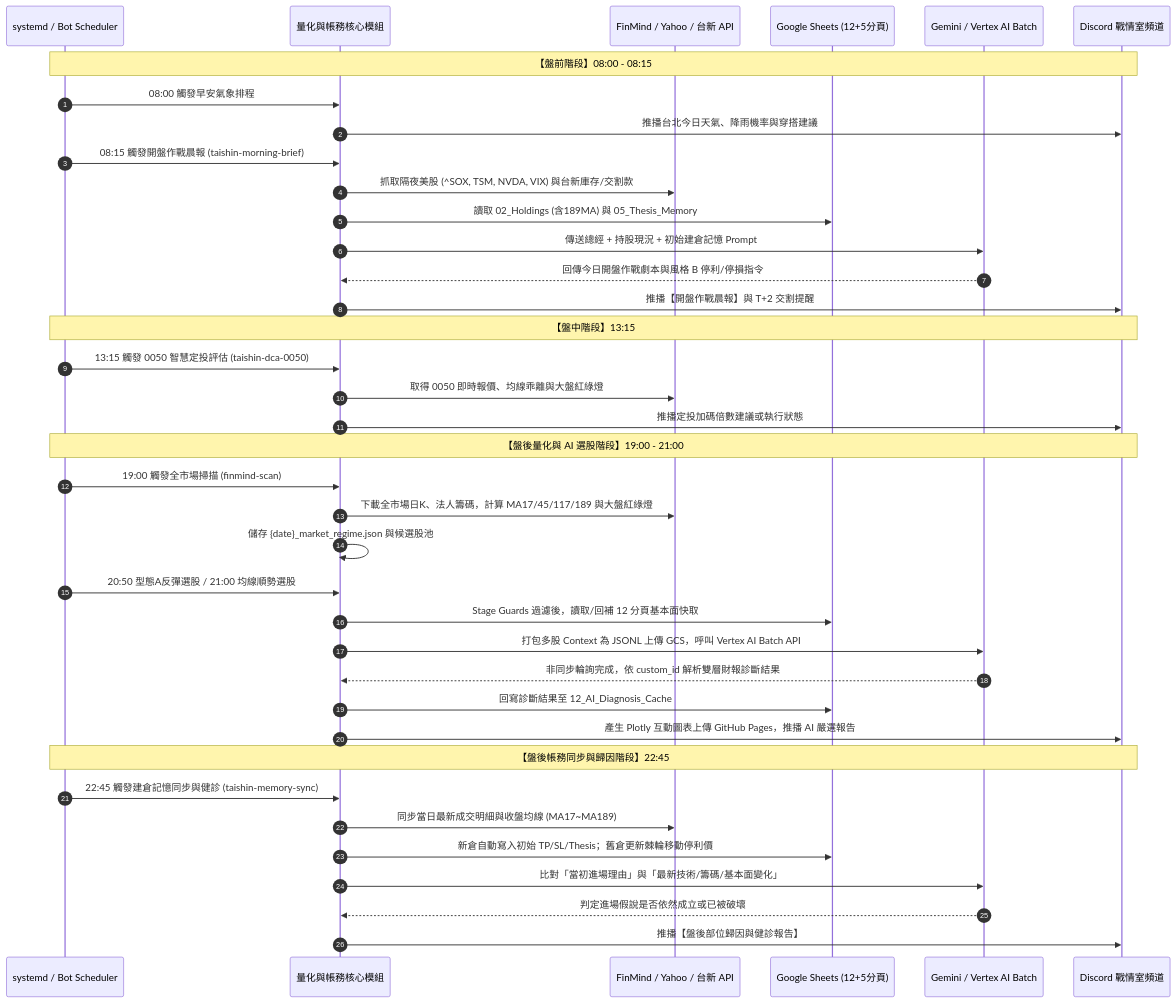
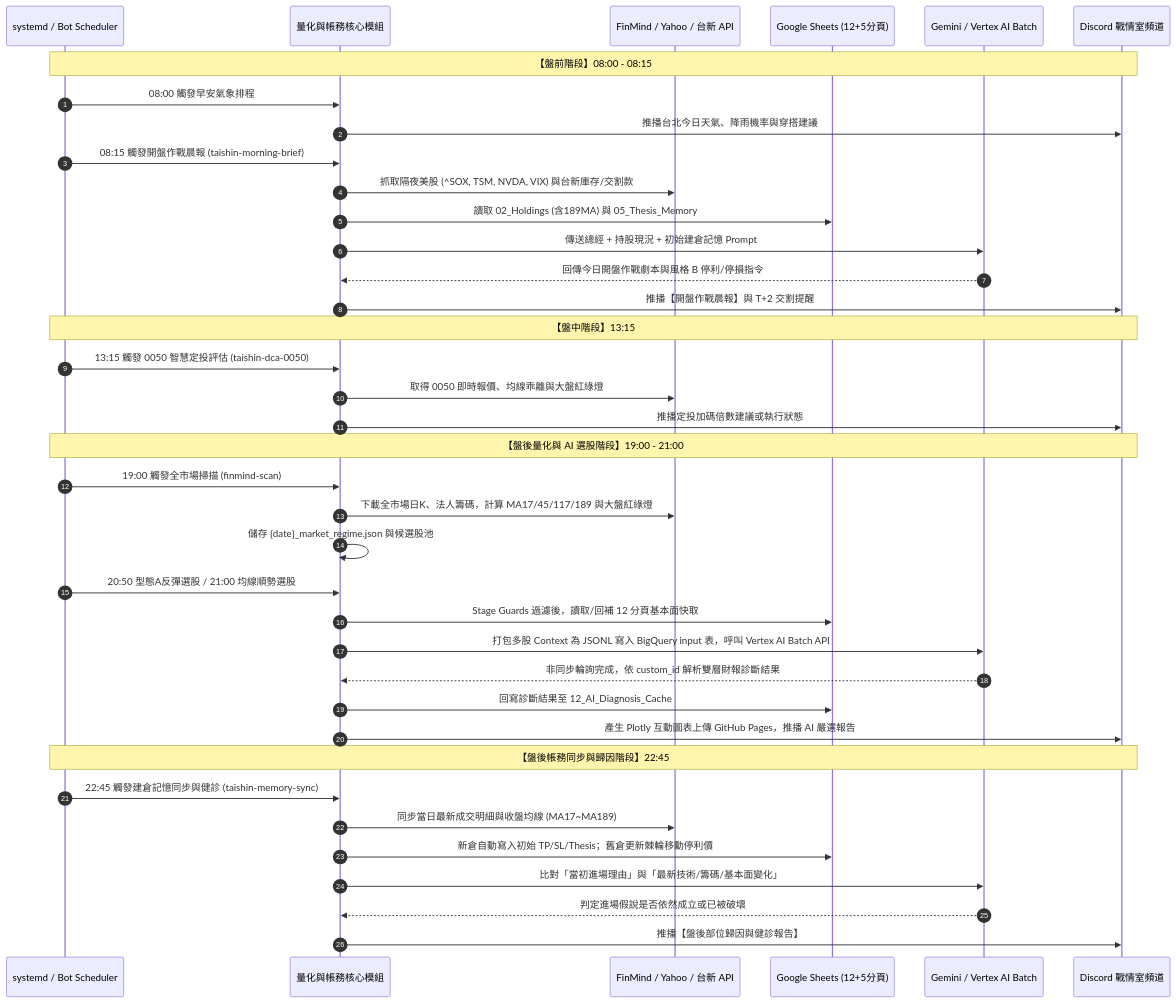
Before and after one commit to NickChung0725/Discord_Service: the second of 3 diagrams in discord_service_sasd.md, drawn with Mermaid. The commit also changed other lines of this file and 11 other files, not shown here.

First line of the commit message:
feat(ai): 遷移 Vertex AI Batch 媒介至 BigQuery 並實作 AI 日誌集中化 (v5.4.0)

````diff
--- a/discord_service_sasd.md
+++ b/discord_service_sasd.md
@@ -183,44 +183,44 @@
 ```mermaid
 sequenceDiagram
     autonumber
     participant Timer as systemd / Bot Scheduler
     participant Core as 量化與帳務核心模組
     participant Data as FinMind / Yahoo / 台新 API
     participant Cache as Google Sheets (12+5分頁)
     participant AI as Gemini / Vertex AI Batch
     participant DC as Discord 戰情室頻道
 
     Note over Timer,DC: 【盤前階段】08:00 - 08:15
     Timer->>Core: 08:00 觸發早安氣象排程
     Core->>DC: 推播台北今日天氣、降雨機率與穿搭建議
     Timer->>Core: 08:15 觸發開盤作戰晨報 (taishin-morning-brief)
     Core->>Data: 抓取隔夜美股 (^SOX, TSM, NVDA, VIX) 與台新庫存/交割款
     Core->>Cache: 讀取 02_Holdings (含189MA) 與 05_Thesis_Memory
     Core->>AI: 傳送總經 + 持股現況 + 初始建倉記憶 Prompt
     AI-->>Core: 回傳今日開盤作戰劇本與風格 B 停利/停損指令
     Core->>DC: 推播【開盤作戰晨報】與 T+2 交割提醒
 
     Note over Timer,DC: 【盤中階段】13:15
     Timer->>Core: 13:15 觸發 0050 智慧定投評估 (taishin-dca-0050)
     Core->>Data: 取得 0050 即時報價、均線乖離與大盤紅綠燈
     Core->>DC: 推播定投加碼倍數建議或執行狀態
 
     Note over Timer,DC: 【盤後量化與 AI 選股階段】19:00 - 21:00
     Timer->>Core: 19:00 觸發全市場掃描 (finmind-scan)
     Core->>Data: 下載全市場日K、法人籌碼，計算 MA17/45/117/189 與大盤紅綠燈
     Core->>Core: 儲存 {date}_market_regime.json 與候選股池
     Timer->>Core: 20:50 型態A反彈選股 / 21:00 均線順勢選股
     Core->>Cache: Stage Guards 過濾後，讀取/回補 12 分頁基本面快取
-    Core->>AI: 打包多股 Context 為 JSONL 上傳 GCS，呼叫 Vertex AI Batch API
+    Core->>AI: 打包多股 Context 為 JSONL 寫入 BigQuery input 表，呼叫 Vertex AI Batch API
     AI-->>Core: 非同步輪詢完成，依 custom_id 解析雙層財報診斷結果
     Core->>Cache: 回寫診斷結果至 12_AI_Diagnosis_Cache
     Core->>DC: 產生 Plotly 互動圖表上傳 GitHub Pages，推播 AI 嚴選報告
 
     Note over Timer,DC: 【盤後帳務同步與歸因階段】22:45
     Timer->>Core: 22:45 觸發建倉記憶同步與健診 (taishin-memory-sync)
     Core->>Data: 同步當日最新成交明細與收盤均線 (MA17~MA189)
     Core->>Cache: 新倉自動寫入初始 TP/SL/Thesis；舊倉更新棘輪移動停利價
     Core->>AI: 比對「當初進場理由」與「最新技術/籌碼/基本面變化」
     AI-->>Core: 判定進場假說是否依然成立或已被破壞
     Core->>DC: 推播【盤後部位歸因與健診報告】
 ```
````
